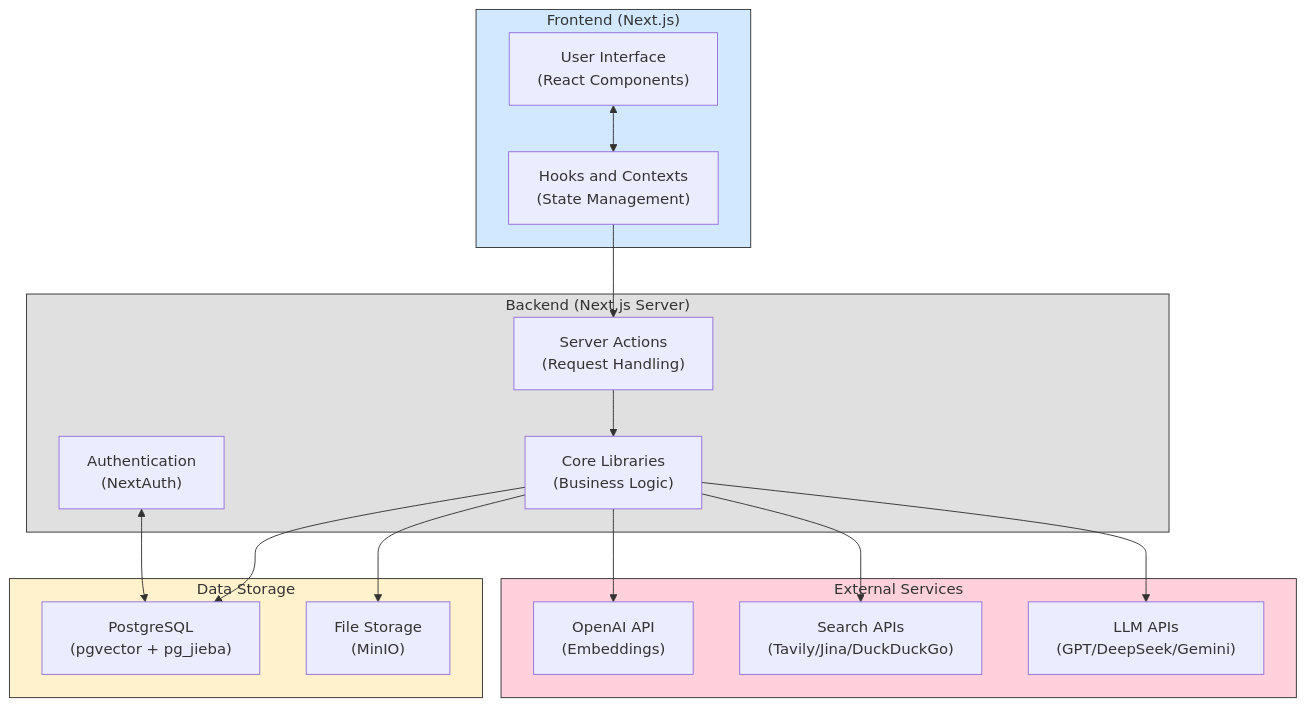
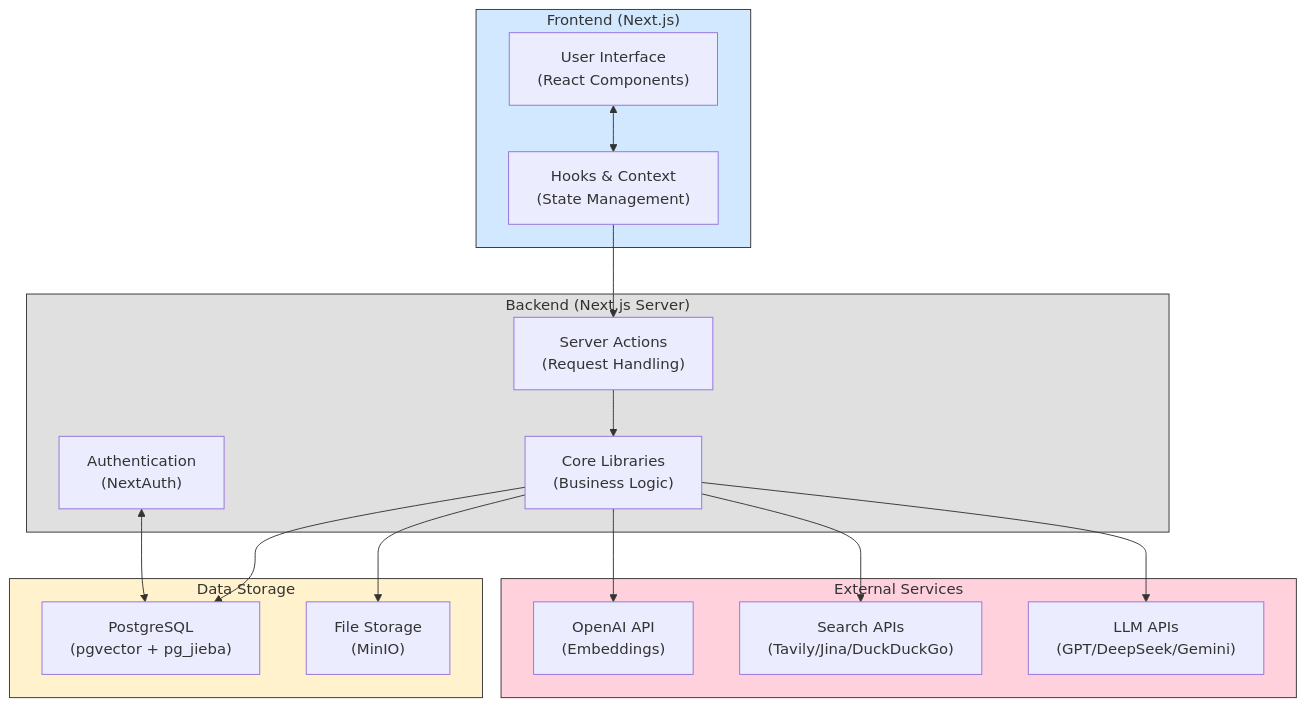
Before and after one commit to hint-lab/deepmed-search: the diagram in README.md, drawn with Mermaid. The commit also changed other lines of this file and 6 other files, not shown here.

````diff
--- a/README.md
+++ b/README.md
@@ -58,46 +79,46 @@
 ```mermaid
 graph TD
     subgraph Frontend["Frontend (Next.js)"]
         UI["User Interface<br/>(React Components)"]
-        Hooks["Hooks and Contexts<br/>(State Management)"]
+        Hooks["Hooks & Context<br/>(State Management)"]
     end
 
     subgraph Backend["Backend (Next.js Server)"]
         Actions["Server Actions<br/>(Request Handling)"]
         Lib["Core Libraries<br/>(Business Logic)"]
         Auth["Authentication<br/>(NextAuth)"]
     end
 
     subgraph Storage["Data Storage"]
         PG["PostgreSQL<br/>(pgvector + pg_jieba)"]
         Files["File Storage<br/>(MinIO)"]
     end
 
     subgraph External["External Services"]
         OpenAI["OpenAI API<br/>(Embeddings)"]
         SearchAPI["Search APIs<br/>(Tavily/Jina/DuckDuckGo)"]
         LLMAPI["LLM APIs<br/>(GPT/DeepSeek/Gemini)"]
     end
 
     %% Connections
     UI <--> Hooks
     Hooks --> Actions
     Actions --> Lib
     Lib --> PG
     Lib --> Files
     Lib --> OpenAI
     Lib --> SearchAPI
     Lib --> LLMAPI
     Auth <--> PG
 
     %% Styles
     classDef frontend fill:#D1E8FF,stroke:#333
     classDef backend fill:#E0E0E0,stroke:#333
     classDef database fill:#FFF2CC,stroke:#333
     classDef external fill:#FFD1DC,stroke:#333
 
     class Frontend frontend
     class Backend backend
     class Storage database
     class External external
 ```
````
